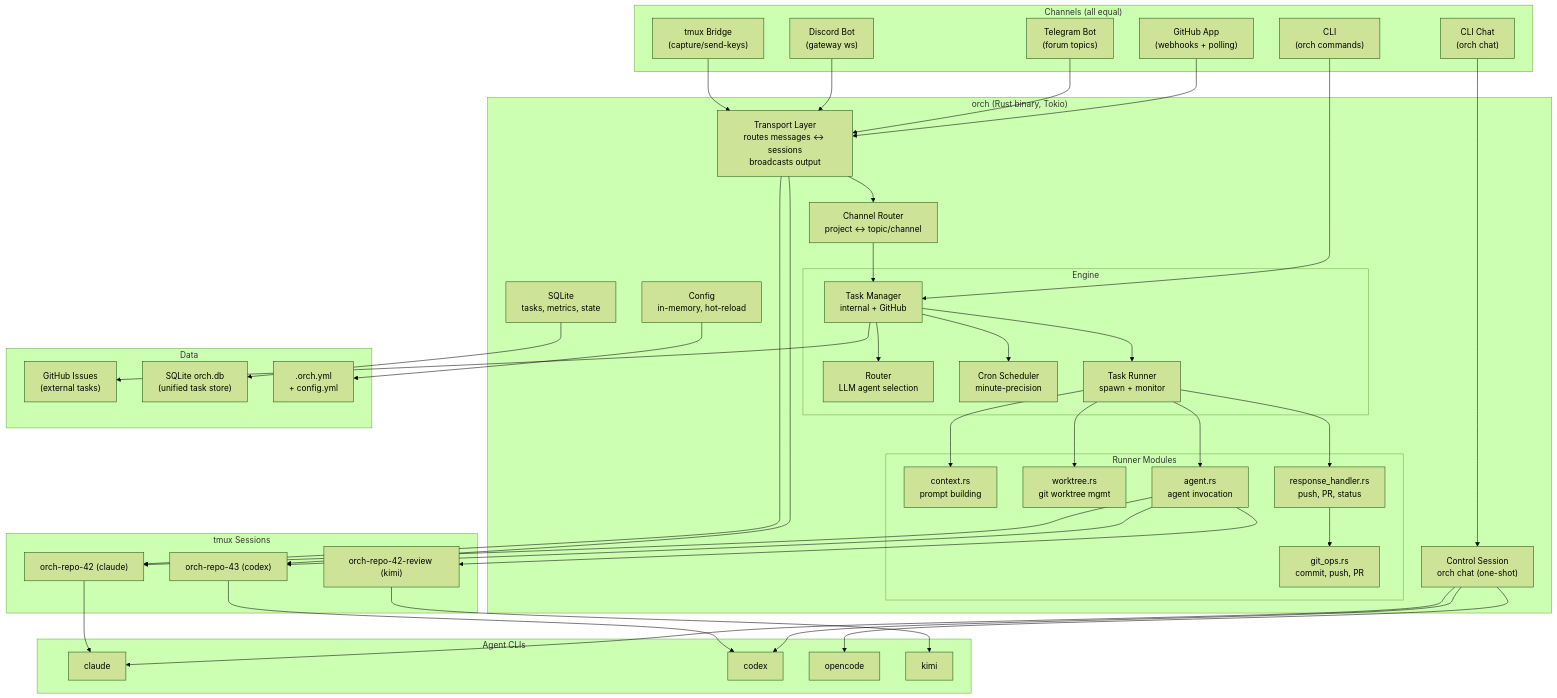
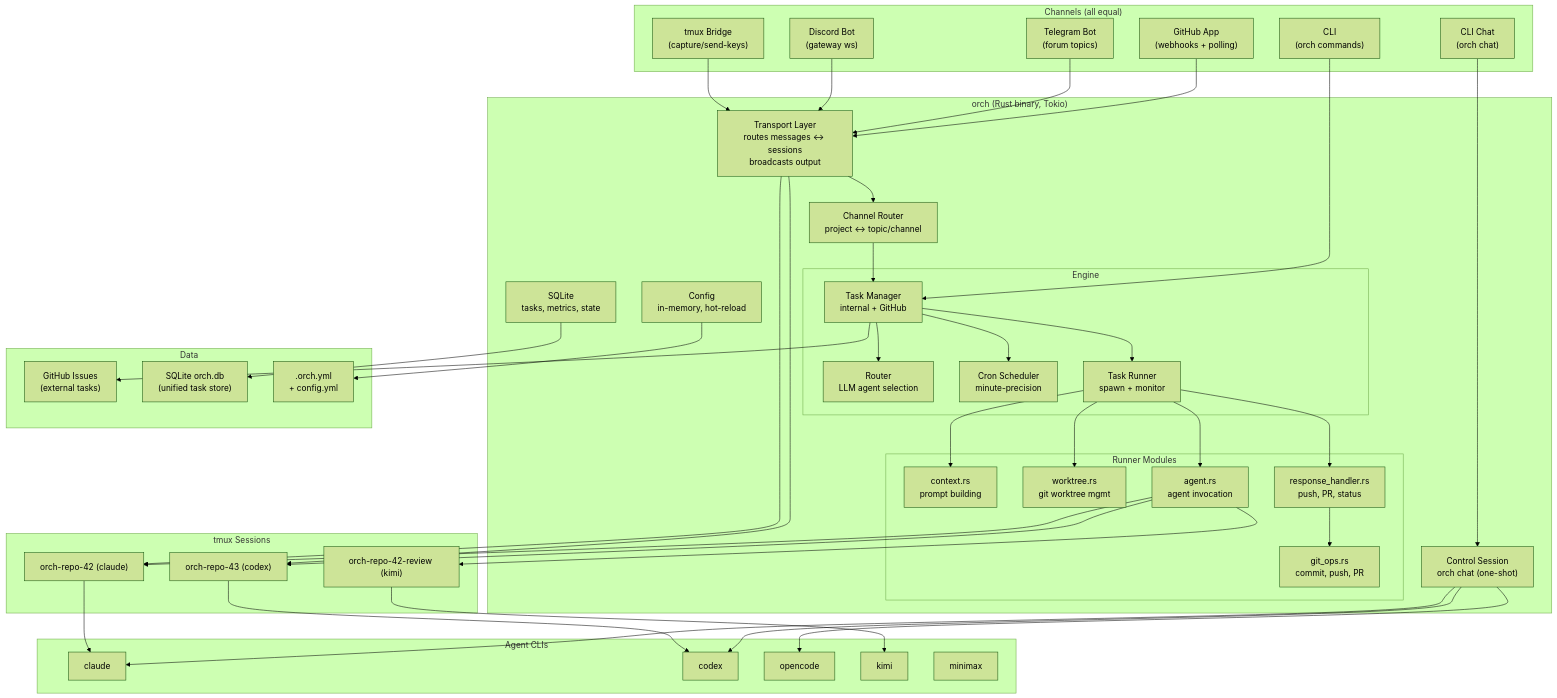
Before and after one commit to gabrielkoerich/orch: the first of 3 diagrams in docs/architecture.md, drawn with Mermaid (forest theme). The commit also changed other lines of this file and 13 other files, not shown here.

```diff
--- a/docs/architecture.md
+++ b/docs/architecture.md
@@ -44,6 +44,7 @@
         CO["codex"]
         OC["opencode"]
         KI["kimi"]
+        MM["minimax"]
     end
 
     subgraph "tmux Sessions"
```
